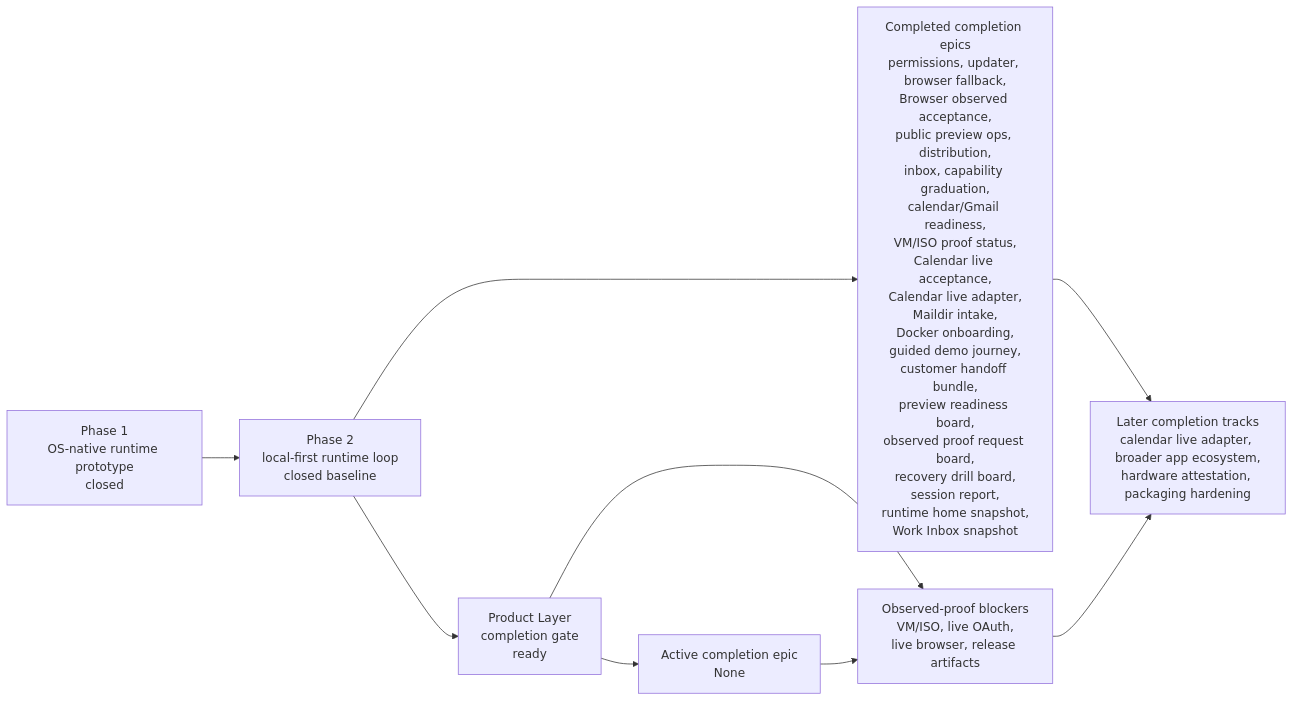
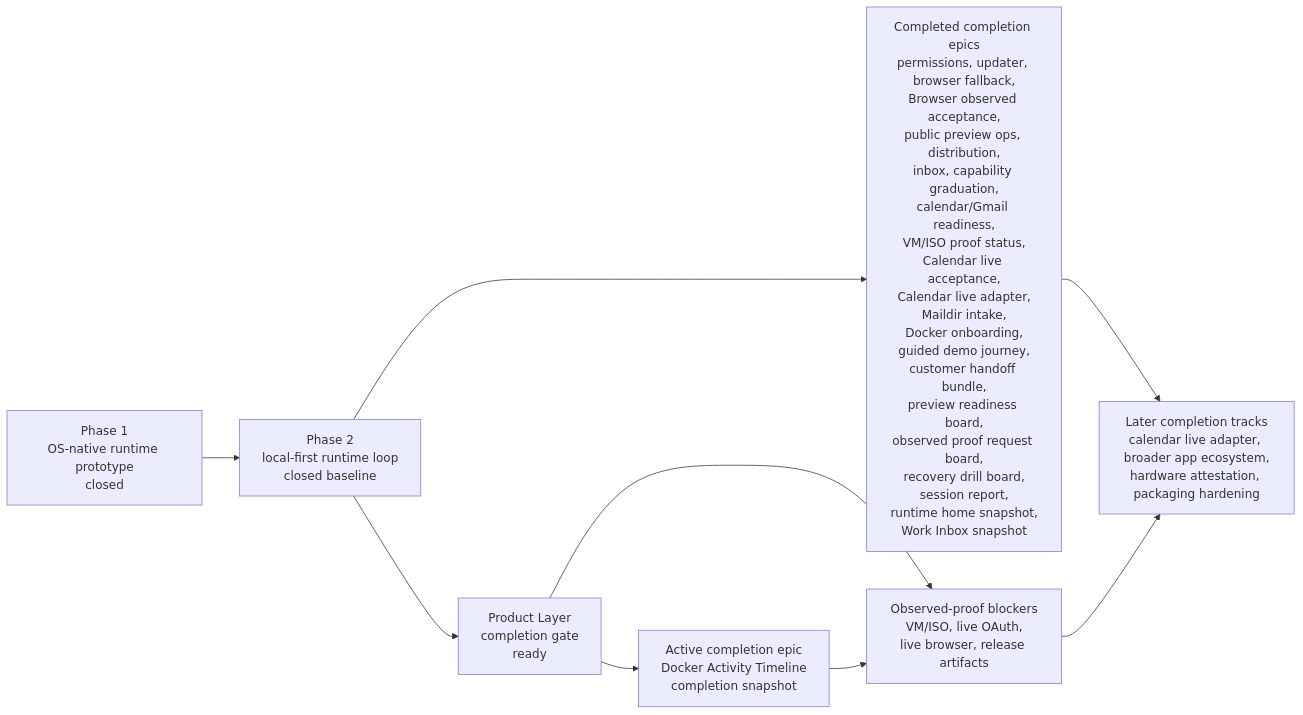
Before and after one commit to Jongtae/agentos: the diagram in README.md, drawn with Mermaid. The commit also changed other lines of this file and 8 other files, not shown here.

Commit message:
Add Activity Timeline completion snapshot

````diff
--- a/README.md
+++ b/README.md
@@ -179,17 +179,17 @@
 ```mermaid
 flowchart LR
   phase1["Phase 1\nOS-native runtime prototype\nclosed"]
   phase2["Phase 2\nlocal-first runtime loop\nclosed baseline"]
   ready["Product Layer\ncompletion gate\nready"]
-  active["Active completion epic\nNone"]
+  active["Active completion epic\nDocker Activity Timeline\ncompletion snapshot"]
   completed["Completed completion epics\npermissions, updater, browser fallback,\nBrowser observed acceptance,\npublic preview ops, distribution,\ninbox, capability graduation,\ncalendar/Gmail readiness,\nVM/ISO proof status,\nCalendar live acceptance,\nCalendar live adapter,\nMaildir intake,\nDocker onboarding,\nguided demo journey,\ncustomer handoff bundle,\npreview readiness board,\nobserved proof request board,\nrecovery drill board,\nsession report,\nruntime home snapshot,\nWork Inbox snapshot"]
   blocked["Observed-proof blockers\nVM/ISO, live OAuth,\nlive browser, release artifacts"]
   future["Later completion tracks\ncalendar live adapter, broader app ecosystem,\nhardware attestation, packaging hardening"]
 
   phase1 --> phase2 --> ready --> active
   phase2 --> completed
   ready --> blocked
   active --> blocked
   completed --> future
   blocked --> future
 ```
````
